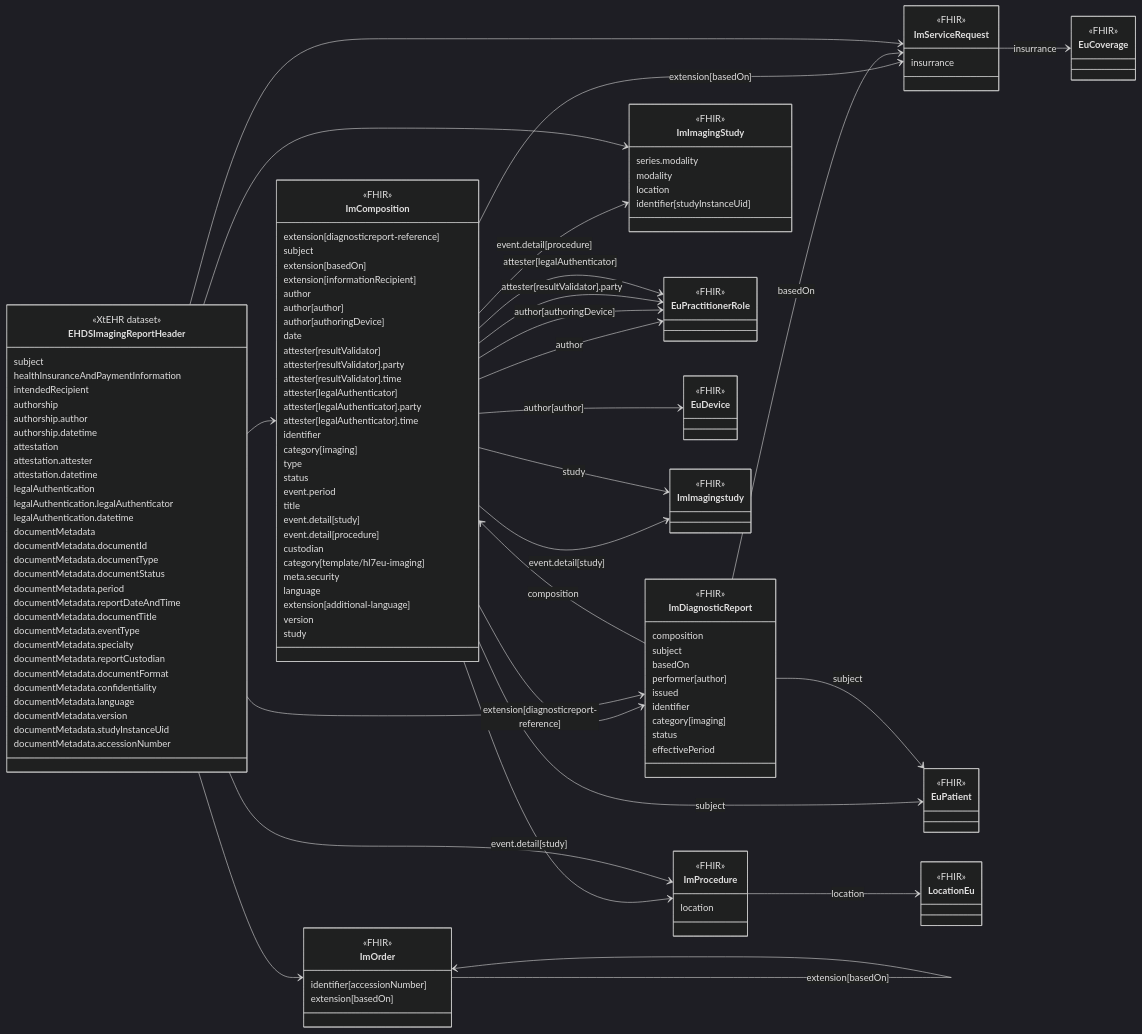
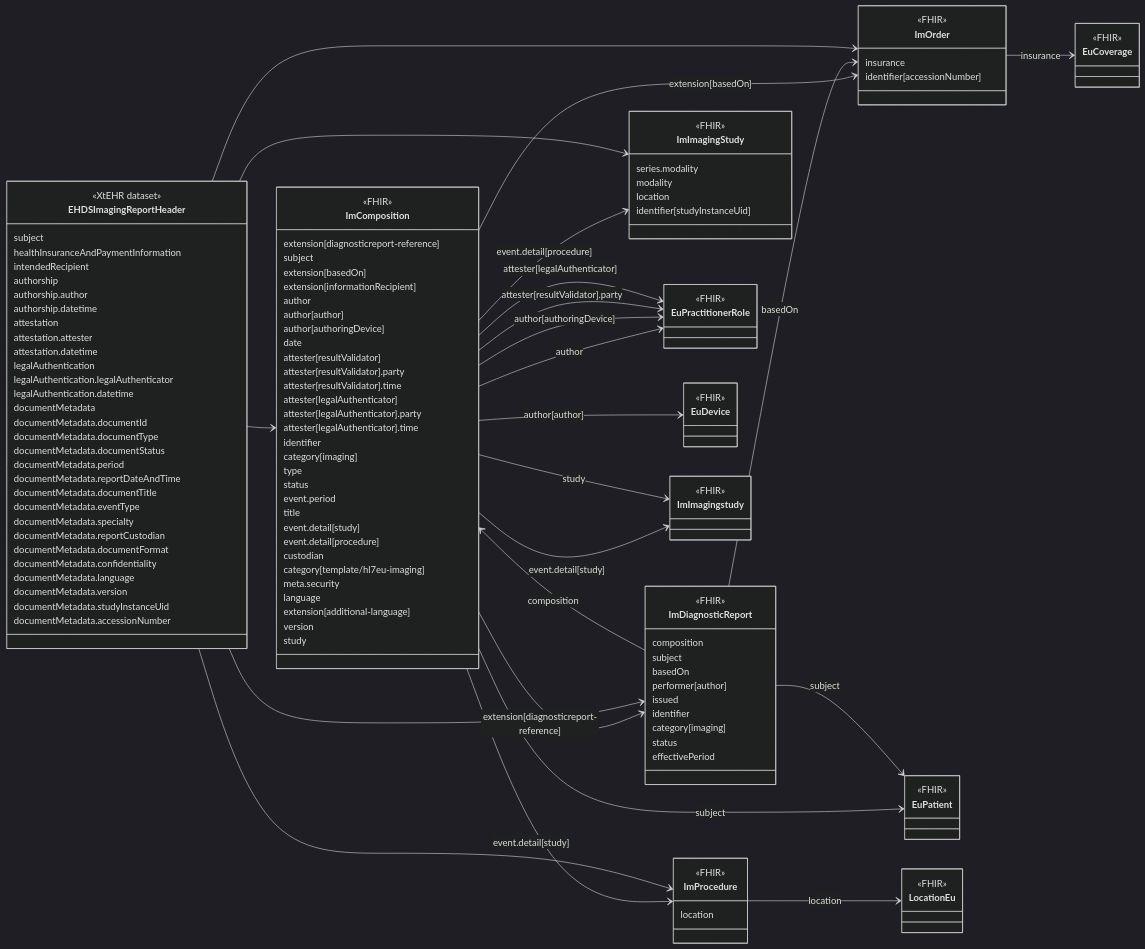
One commit to oijauregui/ehdsimaging changed the diagram in input/intro-notes/ConceptMap-EHDSImagingReportHeaderMap-intro.md. Above: the diagram before and after it, drawn with Mermaid (dark theme). The commit also changed 85 other files, not shown here.

````diff
--- a/input/intro-notes/ConceptMap-EHDSImagingReportHeaderMap-intro.md
+++ b/input/intro-notes/ConceptMap-EHDSImagingReportHeaderMap-intro.md
@@ -83,9 +83,10 @@
   effectivePeriod
 }
 
-class ImServiceRequest{
+class ImOrder{
   <<FHIR>>
-  insurrance
+  insurance
+  identifier[accessionNumber]
 }
 
 class ImProcedure{
@@ -101,19 +102,13 @@
   identifier[studyInstanceUid]
 }
 
-class ImOrder{
-  <<FHIR>>
-  identifier[accessionNumber]
-  extension[basedOn]
-}
-
 class ImDiagnosticReport {
   <<FHIR>>
 }
 class EuPatient {
   <<FHIR>>
 }
-class ImServiceRequest {
+class ImOrder {
   <<FHIR>>
 }
 class EuPractitionerRole {
@@ -140,13 +135,10 @@
 class LocationEu {
   <<FHIR>>
 }
-class ImOrder {
-  <<FHIR>>
-}
 EHDSImagingReportHeader --> ImComposition
 ImComposition --> ImDiagnosticReport : extension[diagnosticreport-reference]
 ImComposition --> EuPatient : subject
-ImComposition --> ImServiceRequest : extension[basedOn]
+ImComposition --> ImOrder : extension[basedOn]
 ImComposition --> EuPractitionerRole : author
 ImComposition --> EuDevice : author[author]
 ImComposition --> EuPractitionerRole : author[authoringDevice]
@@ -159,12 +151,10 @@
 EHDSImagingReportHeader --> ImDiagnosticReport
 ImDiagnosticReport --> ImComposition : composition
 ImDiagnosticReport --> EuPatient : subject
-ImDiagnosticReport --> ImServiceRequest : basedOn
-EHDSImagingReportHeader --> ImServiceRequest
-ImServiceRequest --> EuCoverage : insurrance
+ImDiagnosticReport --> ImOrder : basedOn
+EHDSImagingReportHeader --> ImOrder
+ImOrder --> EuCoverage : insurance
 EHDSImagingReportHeader --> ImProcedure
 ImProcedure --> LocationEu : location
 EHDSImagingReportHeader --> ImImagingStudy
-EHDSImagingReportHeader --> ImOrder
-ImOrder --> ImOrder : extension[basedOn]
 ```
````
